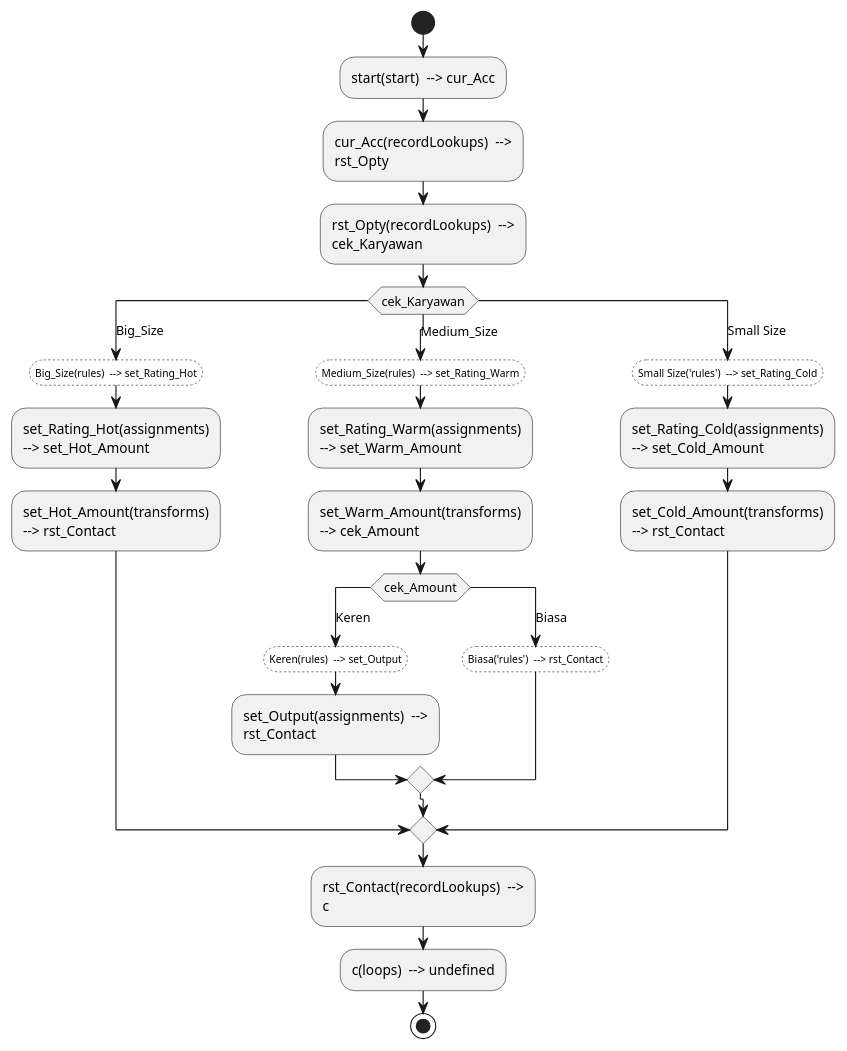
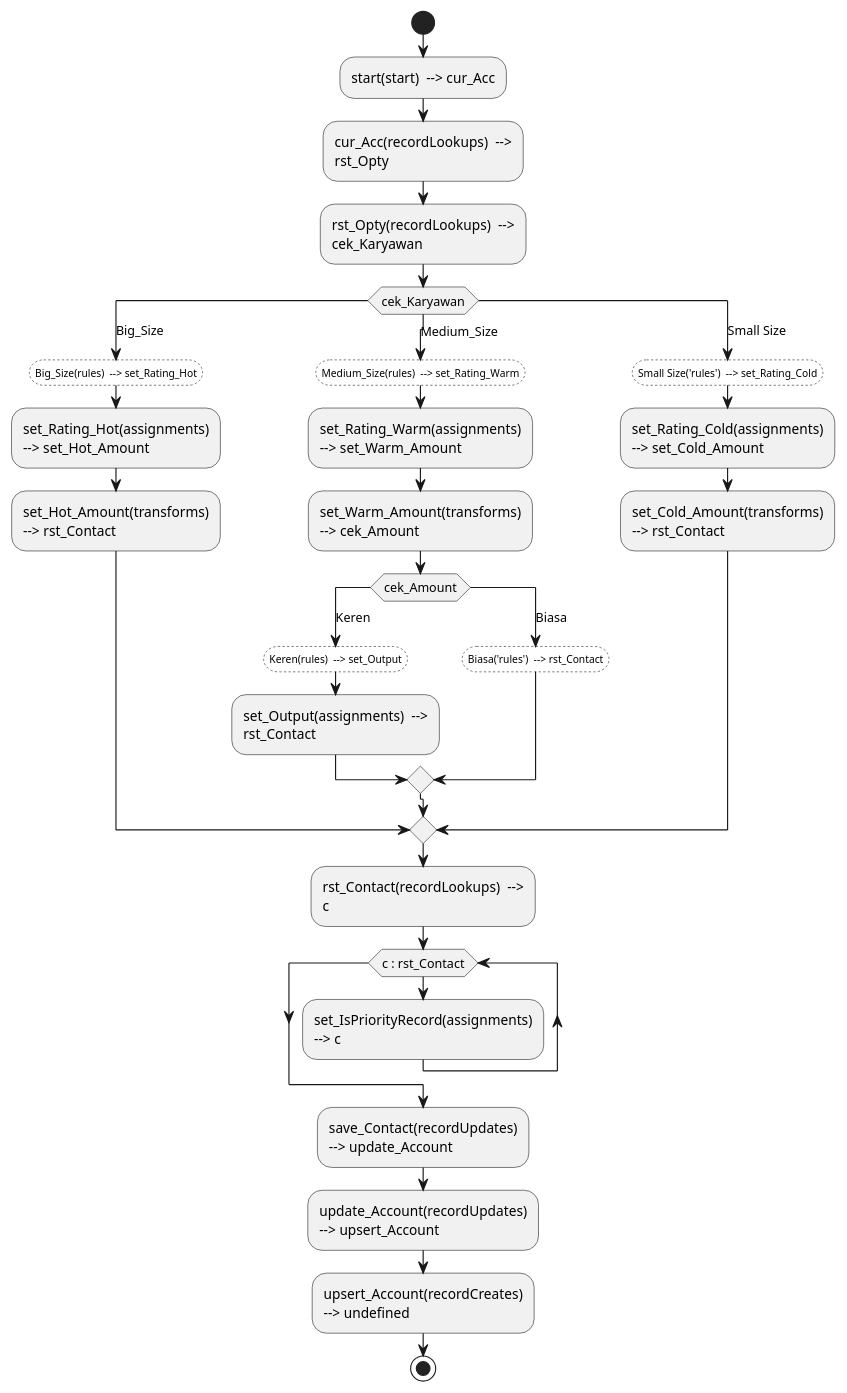
The diagram in Apate.flow-meta.puml (jimmytobing/meta_to_puml), drawn with PlantUML before and after one commit. The commit also changed 1 other file, not shown here.

```diff
--- a/Apate.flow-meta.puml
+++ b/Apate.flow-meta.puml
@@ -1,44 +1,49 @@
 @startuml
 <style>
     element {
         MinimumWidth 100
         MaximumWidth 180
     }
     .kondisi {
         FontSize 9
         Padding 5
         LineStyle 2
         BackGroundColor transparent
         HorizontalAlignment center
     }
 </style>
 skinparam defaultFontName "verdana"
 start
 :start(start)  --> cur_Acc;
 :cur_Acc(recordLookups)  --> rst_Opty;
 :rst_Opty(recordLookups)  --> cek_Karyawan;
 switch (cek_Karyawan)
 case (Big_Size)
 	:Big_Size(rules)  --> set_Rating_Hot;<<kondisi>>
 	:set_Rating_Hot(assignments)  --> set_Hot_Amount;
 	:set_Hot_Amount(transforms)  --> rst_Contact;
 case (Medium_Size)
 	:Medium_Size(rules)  --> set_Rating_Warm;<<kondisi>>
 	:set_Rating_Warm(assignments)  --> set_Warm_Amount;
 	:set_Warm_Amount(transforms)  --> cek_Amount;
 	switch (cek_Amount)
 case (Keren)
 	:Keren(rules)  --> set_Output;<<kondisi>>
 	:set_Output(assignments)  --> rst_Contact;
 case (Biasa)
 	:Biasa('rules')  --> rst_Contact;<<kondisi>>
 endswitch
 case (Small Size)
 	:Small Size('rules')  --> set_Rating_Cold;<<kondisi>>
 	:set_Rating_Cold(assignments)  --> set_Cold_Amount;
 	:set_Cold_Amount(transforms)  --> rst_Contact;
 endswitch
 :rst_Contact(recordLookups)  --> c;
-:c(loops)  --> undefined;
+while(c : rst_Contact)
+	:set_IsPriorityRecord(assignments)  --> c;
+endwhile
+:save_Contact(recordUpdates)  --> update_Account;
+:update_Account(recordUpdates)  --> upsert_Account;
+:upsert_Account(recordCreates)  --> undefined;
 stop
 @enduml
```
